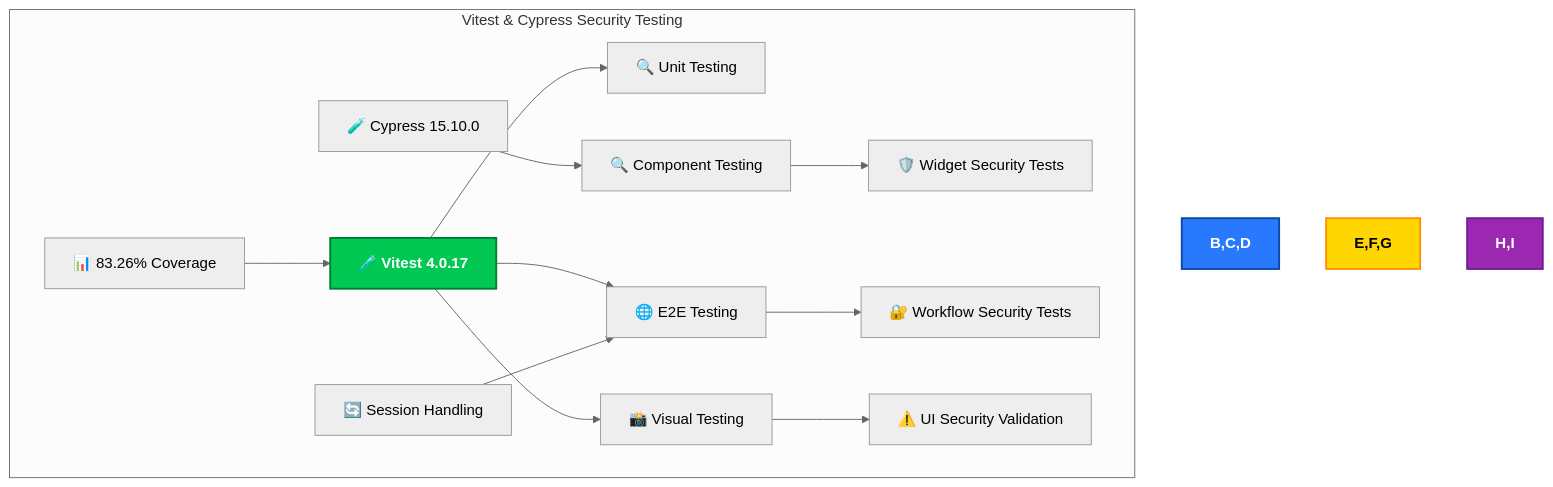
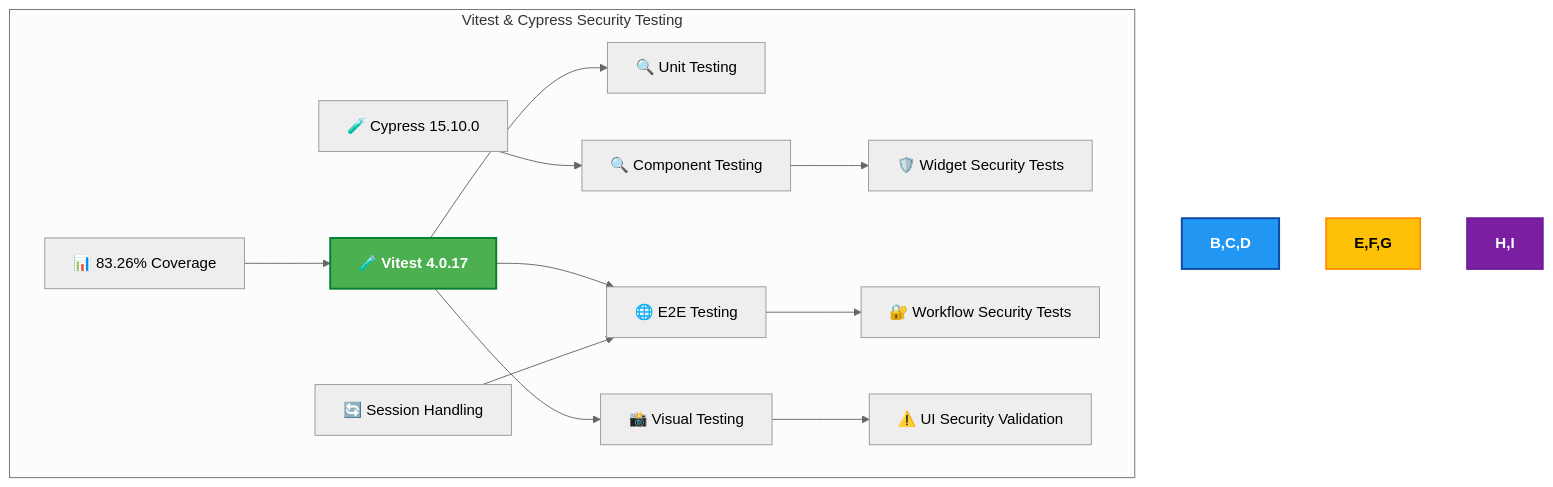
Before and after one commit to step-security-bot/cia-compliance-manager: diagram 20 of 32 in docs/architecture/SECURITY_ARCHITECTURE.md, drawn with Mermaid (neutral theme). The commit also changed other lines of this file and 27 other files, not shown here.

First line of the commit message:
fix: resolve broken mermaid diagrams and improve color coding to match ISMS style guide (#1106)

````diff
--- a/docs/architecture/SECURITY_ARCHITECTURE.md
+++ b/docs/architecture/SECURITY_ARCHITECTURE.md
@@ -1365,21 +1365,21 @@
 ```mermaid
 flowchart TD
     subgraph "Vitest & Cypress Security Testing"
         A[🧪 Vitest 4.0.17] --> B1[🔍 Unit Testing]
         A1[🧪 Cypress 15.10.0] --> B[🔍 Component Testing]
         A --> C[🌐 E2E Testing]
         A --> D[📸 Visual Testing]
         
         B --> E[🛡️ Widget Security Tests]
         C --> F[🔐 Workflow Security Tests]
         D --> G[⚠️ UI Security Validation]
         
         H[📊 83.26% Coverage] --> A
         I[🔄 Session Handling] --> C
     end
 
-    style A fill:#00C853,stroke:#007E33,stroke-width:2px,color:white,font-weight:bold
-    style B,C,D fill:#2979FF,stroke:#0D47A1,stroke-width:2px,color:white,font-weight:bold
-    style E,F,G fill:#FFD600,stroke:#FF8F00,stroke-width:2px,color:black,font-weight:bold
-    style H,I fill:#9C27B0,stroke:#6A1B9A,stroke-width:2px,color:white,font-weight:bold
+    style A fill:#4CAF50,stroke:#007E33,stroke-width:2px,color:white,font-weight:bold
+    style B,C,D fill:#2196F3,stroke:#0D47A1,stroke-width:2px,color:white,font-weight:bold
+    style E,F,G fill:#FFC107,stroke:#FF8F00,stroke-width:2px,color:black,font-weight:bold
+    style H,I fill:#7B1FA2,stroke:#6A1B9A,stroke-width:2px,color:white,font-weight:bold
 ```
````
